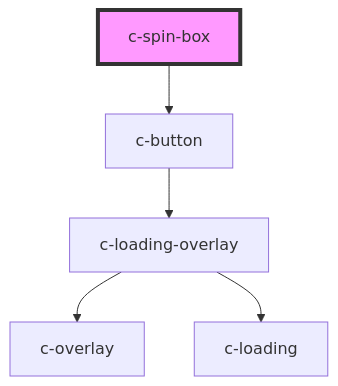
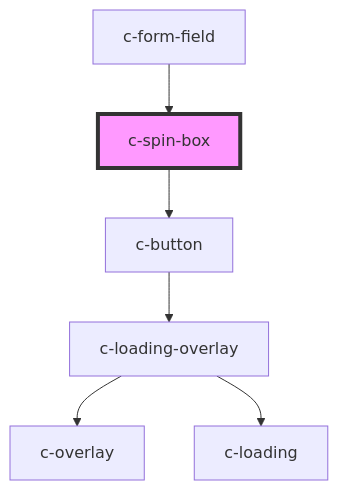
One commit to kickstand-ui/kickstand-ui changed the diagram in src/scripts/components/spin-box/readme.md. Above: the diagram before and after it, drawn with Mermaid. The commit also changed other lines of this file and 7 other files, not shown here.

Commit message:
Updated form-field to use spin-box

````diff
--- a/src/scripts/components/spin-box/readme.md
+++ b/src/scripts/components/spin-box/readme.md
@@ -34,8 +38,9 @@
 ```mermaid
 graph TD;
   c-spin-box --> c-button
   c-button --> c-loading-overlay
   c-loading-overlay --> c-overlay
   c-loading-overlay --> c-loading
+  c-form-field --> c-spin-box
   style c-spin-box fill:#f9f,stroke:#333,stroke-width:4px
 ```
````
